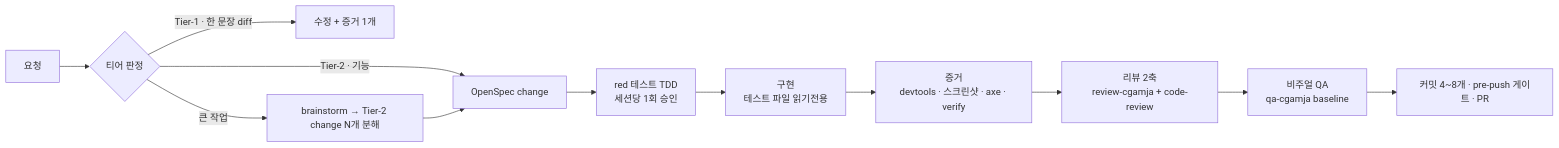
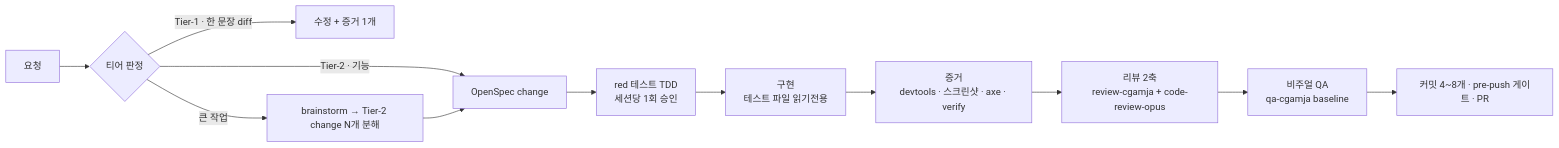
One commit to cgamja/cgamja-plugin changed the diagram in README.md. Above: the diagram before and after it, drawn with Mermaid. The commit also changed other lines of this file and 15 other files, not shown here.

First line of the commit message:
feat(develop-fe): 리뷰 ②축을 Opus 고정 code-review-opus 에이전트로 (adr/0037) (#13)

````diff
--- a/README.md
+++ b/README.md
@@ -60,14 +60,14 @@
 ```mermaid
 flowchart LR
     A[요청] --> B{티어 판정}
     B -->|"Tier-1 · 한 문장 diff"| C[수정 + 증거 1개]
     B -->|"Tier-2 · 기능"| D[OpenSpec change]
     B -->|"큰 작업"| E[brainstorm → Tier-2 change N개 분해]
     D --> F[red 테스트 TDD<br/>세션당 1회 승인]
     F --> G[구현<br/>테스트 파일 읽기전용]
     G --> H[증거<br/>devtools · 스크린샷 · axe · verify]
-    H --> I[리뷰 2축<br/>review-cgamja + code-review]
+    H --> I[리뷰 2축<br/>review-cgamja + code-review-opus]
     I --> K[비주얼 QA<br/>qa-cgamja baseline]
     K --> J[커밋 4~8개 · pre-push 게이트 · PR]
     E --> D
 ```
````
